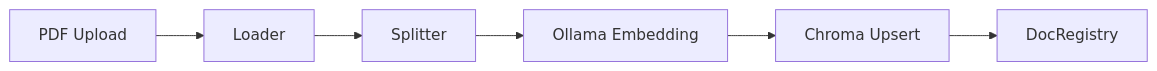
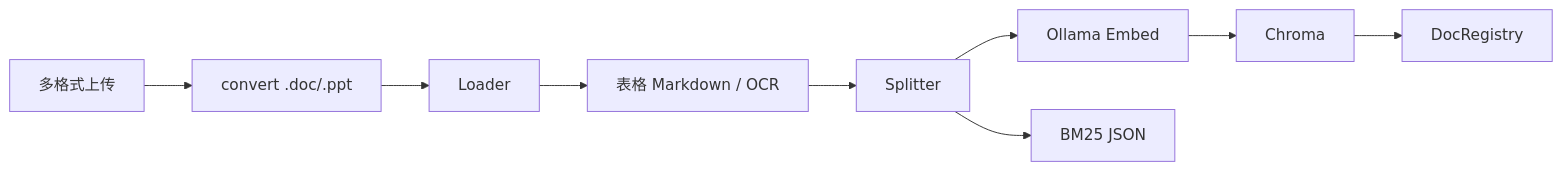
The third of 5 diagrams in RAG_ARCHITECTURE.md (SomeH-Bosx/enterprise-rag), drawn with Mermaid before and after one commit. The commit also changed other lines of this file and 1 other file, not shown here.

First line of the commit message:
docs: sync RAG_ARCHITECTURE and README with current pipeline

````diff
--- a/RAG_ARCHITECTURE.md
+++ b/RAG_ARCHITECTURE.md
@@ -125,8 +128,11 @@
 ```mermaid
 flowchart LR
-  PDF["PDF Upload"] --> LD["Loader"]
-  LD --> SP["Splitter"]
-  SP --> EM["Ollama Embedding"]
-  EM --> CH["Chroma Upsert"]
-  CH --> RG["DocRegistry"]
+  F["多格式上传"] --> C["convert .doc/.ppt"]
+  C --> L["Loader"]
+  L --> T["表格 Markdown / OCR"]
+  T --> S["Splitter"]
+  S --> E["Ollama Embed"]
+  E --> V["Chroma"]
+  S --> B["BM25 JSON"]
+  V --> R["DocRegistry"]
 ```
````
